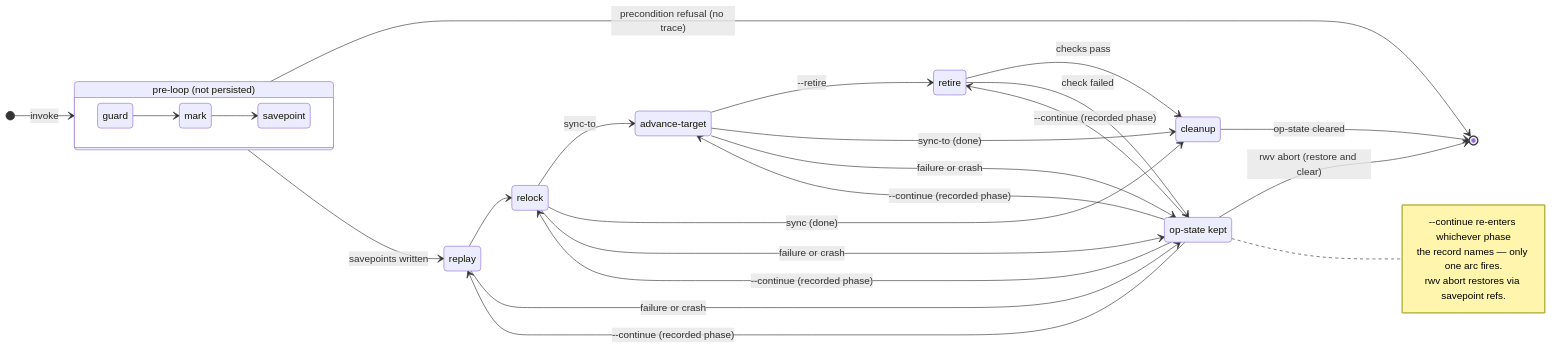
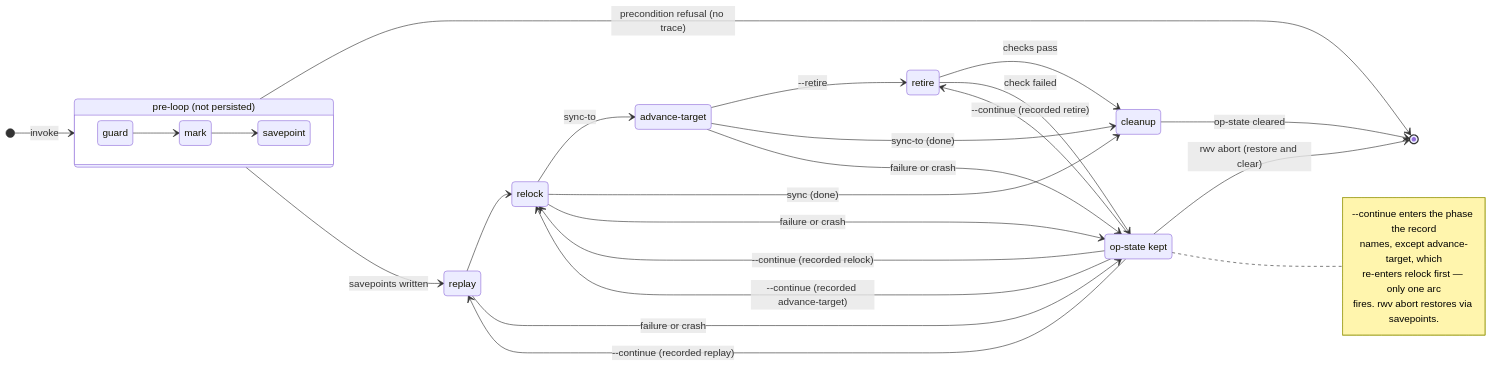
The diagram in docs/explanation/joints/sync-semantics.md (cwalv/repoweave), drawn with Mermaid before and after one commit. The commit also changed other lines of this file and 7 other files, not shown here.

First line of the commit message:
sync-to: re-enter relock when a resume lands the target

````diff
--- a/docs/explanation/joints/sync-semantics.md
+++ b/docs/explanation/joints/sync-semantics.md
@@ -85,42 +85,43 @@
 ```mermaid
 stateDiagram-v2
     direction LR
 
     state "pre-loop (not persisted)" as pre {
         direction LR
         guard --> mark
         mark --> savepoint
     }
 
     [*] --> pre : invoke
     pre --> [*] : precondition refusal (no trace)
     pre --> replay : savepoints written
 
     replay --> relock
     relock --> advance_target : sync-to
     relock --> cleanup : sync (done)
     advance_target : advance-target
     advance_target --> retire : --retire
     advance_target --> cleanup : sync-to (done)
     retire --> cleanup : checks pass
 
     cleanup --> [*] : op-state cleared
 
     replay --> op_kept : failure or crash
     relock --> op_kept : failure or crash
     advance_target --> op_kept : failure or crash
     retire --> op_kept : check failed
 
     op_kept : op-state kept
-    op_kept --> replay : --continue (recorded phase)
-    op_kept --> relock : --continue (recorded phase)
-    op_kept --> advance_target : --continue (recorded phase)
-    op_kept --> retire : --continue (recorded phase)
+    op_kept --> replay : --continue (recorded replay)
+    op_kept --> relock : --continue (recorded relock)
+    op_kept --> relock : --continue (recorded advance-target)
+    op_kept --> retire : --continue (recorded retire)
     op_kept --> [*] : rwv abort (restore and clear)
 
     note right of op_kept
-        --continue re-enters whichever phase
-        the record names — only one arc fires.
-        rwv abort restores via savepoint refs.
+        --continue enters the phase the record
+        names, except advance-target, which
+        re-enters relock first — only one arc
+        fires. rwv abort restores via savepoints.
     end note
 ```
````
